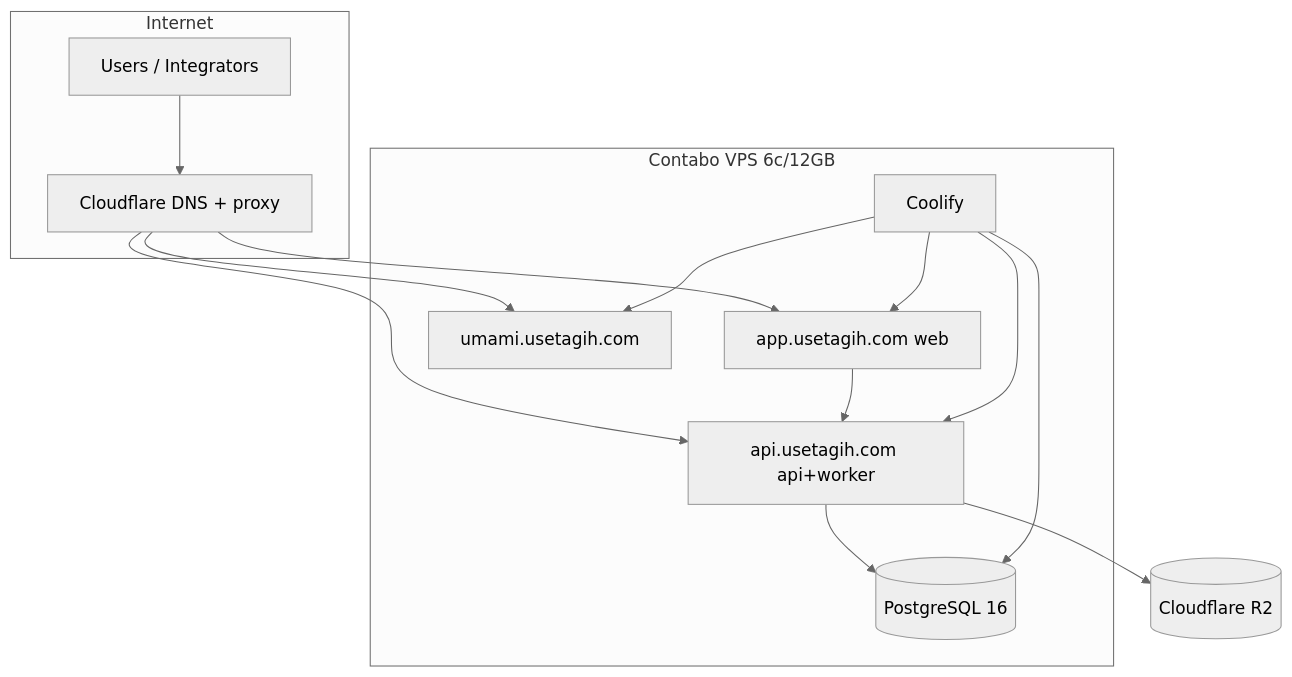
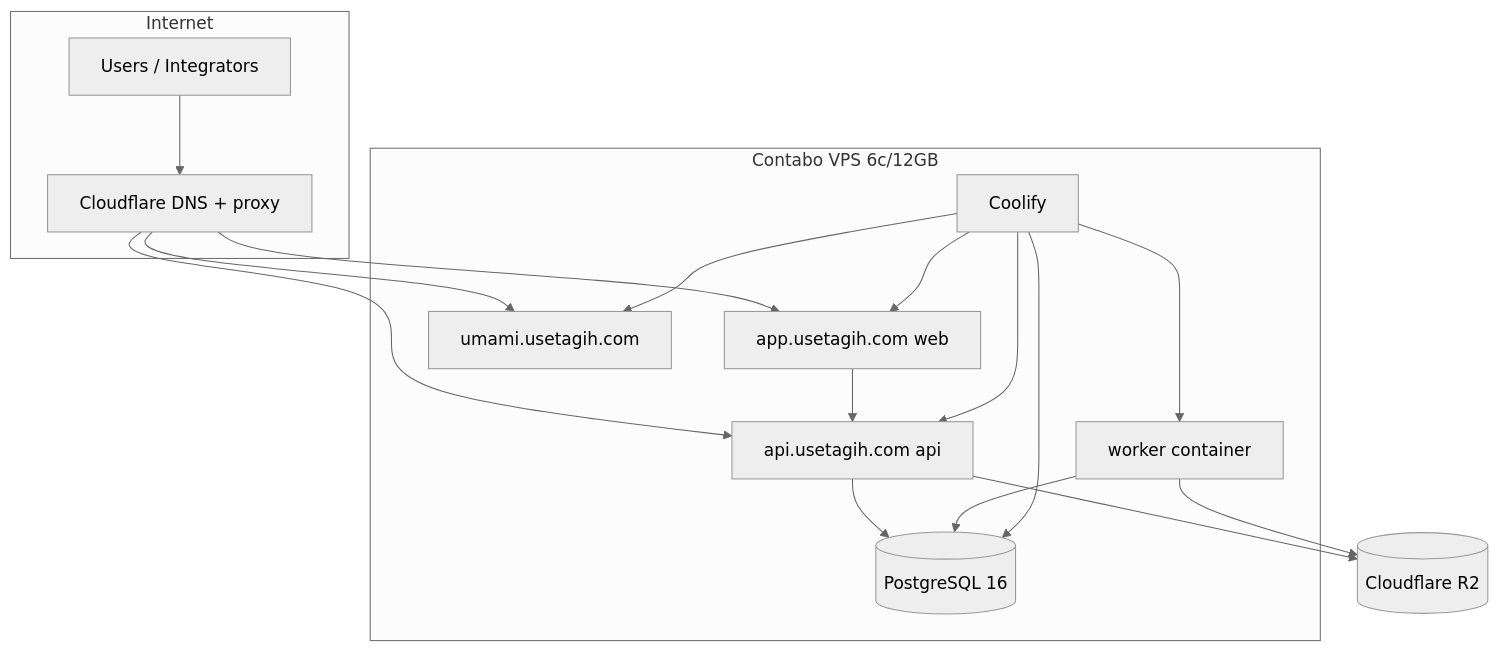
Before and after one commit to Milkywayrules/usetagih: the third of 3 diagrams in _bmad-output/planning-artifacts/architecture/architecture-usetagih-2026-07-20/SOLUTION-DESIGN.md, drawn with Mermaid (neutral theme). The commit also changed other lines of this file and 2 other files, not shown here.

First line of the commit message:
docs: harden architecture for determinism, security, and deploy

````diff
--- a/_bmad-output/planning-artifacts/architecture/architecture-usetagih-2026-07-20/SOLUTION-DESIGN.md
+++ b/_bmad-output/planning-artifacts/architecture/architecture-usetagih-2026-07-20/SOLUTION-DESIGN.md
@@ -448,26 +502,30 @@
 ```mermaid
 flowchart TB
   subgraph internet [Internet]
     USER[Users / Integrators]
     CF[Cloudflare DNS + proxy]
   end
   subgraph vps [Contabo VPS 6c/12GB]
     COOL[Coolify]
     WEB[app.usetagih.com web]
-    API[api.usetagih.com api+worker]
+    API[api.usetagih.com api]
+    WORKER[worker container]
     PG[(PostgreSQL 16)]
     UM[umami.usetagih.com]
   end
   R2[(Cloudflare R2)]
   USER --> CF
   CF --> WEB
   CF --> API
   CF --> UM
   WEB --> API
   API --> PG
+  WORKER --> PG
   API --> R2
+  WORKER --> R2
   COOL --> WEB
   COOL --> API
+  COOL --> WORKER
   COOL --> PG
   COOL --> UM
 ```
````
